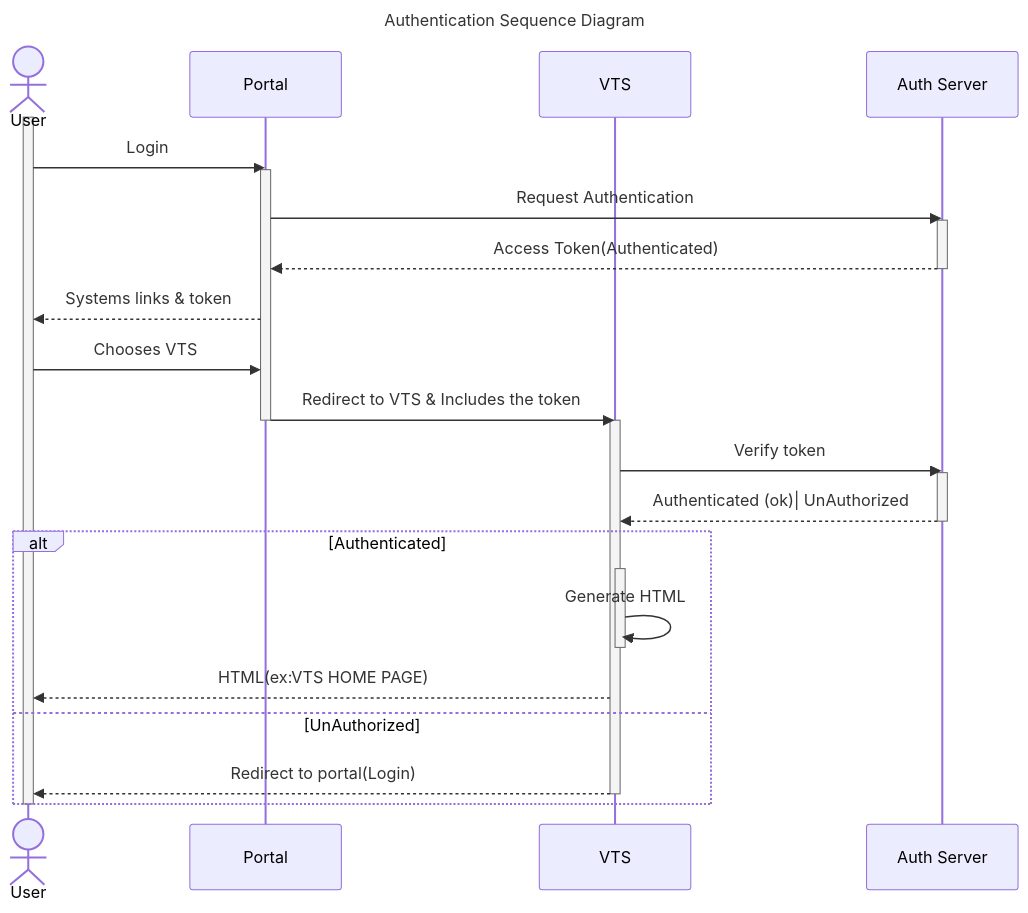
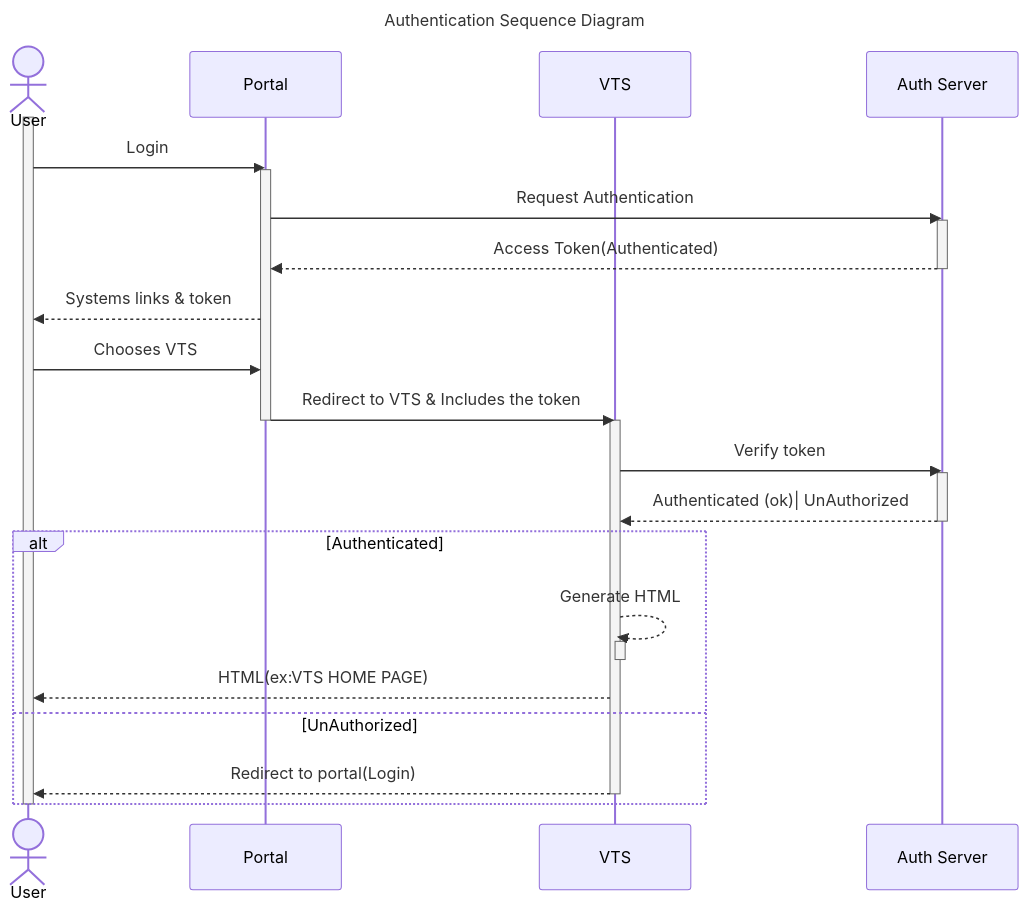
Before and after one commit to Abdelfattah97/VTS: the first of 4 diagrams in design.md, drawn with Mermaid. The commit also changed other lines of this file and 1 other file, not shown here.

Commit message:
Added Pseudocode , Updated make vacation req Seq Diagram

````diff
--- a/design.md
+++ b/design.md
@@ -125,39 +138,39 @@
-      ```mermaid
-      sequenceDiagram
+    ```mermaid
+    sequenceDiagram
 
-      title Authentication Sequence Diagram
+    title Authentication Sequence Diagram
 
-      Actor User
-      participant Portal
-      participant VTS
-      participant Auth Server
+    Actor User
+    participant Portal
+    participant VTS
+    participant Auth Server
 
-      activate User
-      User->>Portal:Login
-      activate Portal
-      Portal->>Auth Server:Request Authentication
-      activate Auth Server
-      Auth Server-->>Portal:Access Token(Authenticated)
-      deactivate Auth Server
+    activate User
+    User->>Portal:Login
+    activate Portal
+    Portal->>Auth Server:Request Authentication
+    activate Auth Server
+    Auth Server-->>Portal:Access Token(Authenticated)
+    deactivate Auth Server
 
-      Portal-->>User:Systems links & token
-      User->>Portal:Chooses VTS 
-      Portal->>VTS:Redirect to VTS & Includes the token
-      activate VTS
-      deactivate Portal
-      VTS->>Auth Server:Verify token
-      activate Auth Server
-      Auth Server-->>VTS:Authenticated (ok)| UnAuthorized
-      deactivate Auth Server
-      alt Authenticated
-      activate VTS
-      VTS->>VTS:Generate HTML
-      deactivate VTS
-      VTS -->> User:HTML(ex:VTS HOME PAGE)
-      else UnAuthorized
+    Portal-->>User:Systems links & token
+    User->>Portal:Chooses VTS
+    Portal->>VTS:Redirect to VTS & Includes the token
+    activate VTS
+    deactivate Portal
+    VTS->>Auth Server:Verify token
+    activate Auth Server
+    Auth Server-->>VTS:Authenticated (ok)| UnAuthorized
+    deactivate Auth Server
+    alt Authenticated
+    VTS-->>VTS:Generate HTML
+    activate VTS
+    deactivate VTS
+    VTS -->> User:HTML(ex:VTS HOME PAGE)
+    else UnAuthorized
 
-      VTS-->>User: Redirect to portal(Login)
-      Deactivate VTS
-      end
-      Deactivate User
-      ```
+    VTS-->>User: Redirect to portal(Login)
+    Deactivate VTS
+    end
+    Deactivate User
+    ```
````
